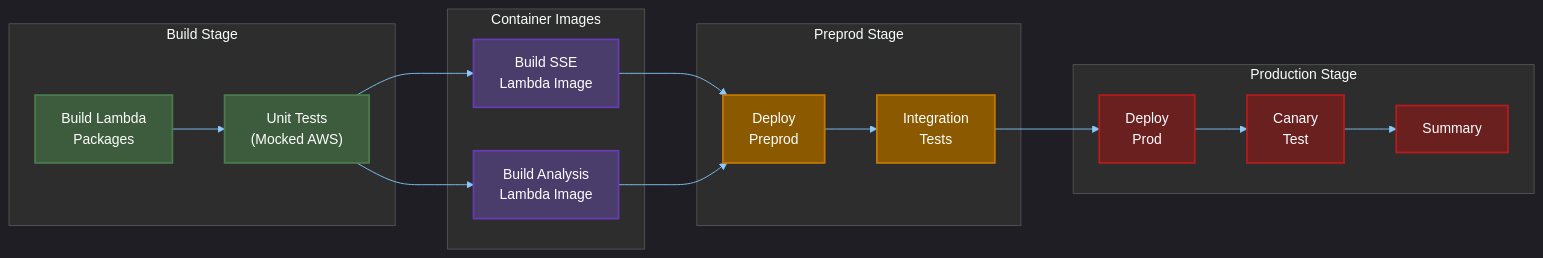
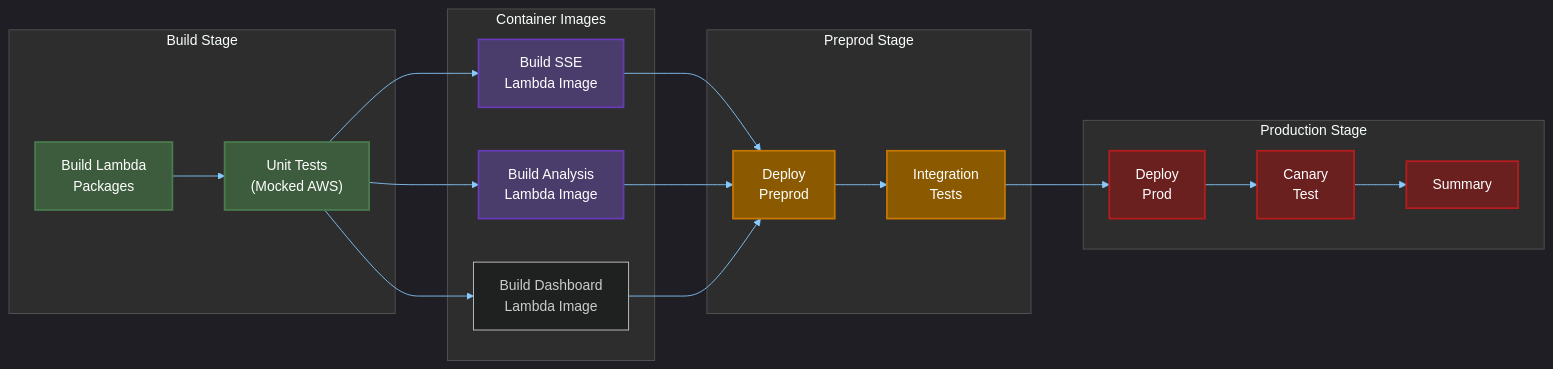
One commit to traylorre/sentiment-analyzer-gsk changed the first of 5 diagrams in README.md. Above: the diagram before and after it, drawn with Mermaid. The commit also changed other lines of this file and 96 other files, not shown here.

````diff
--- a/README.md
+++ b/README.md
@@ -19,44 +19,47 @@
 ```mermaid
 %%{init: {"theme": "dark", "themeVariables": {"primaryColor": "#4A90A4", "tertiaryColor": "#2d2d2d", "lineColor": "#88CCFF", "primaryTextColor": "#FFFFFF", "clusterBkg": "#2d2d2d", "clusterBorder": "#555555"}, "flowchart": {"curve": "basis", "nodeSpacing": 50, "rankSpacing": 60}}}%%
 flowchart LR
     subgraph Build["Build Stage"]
         build["Build Lambda<br/>Packages"]
         test["Unit Tests<br/>(Mocked AWS)"]
     end
 
     subgraph Images["Container Images"]
         sse_img["Build SSE<br/>Lambda Image"]
         analysis_img["Build Analysis<br/>Lambda Image"]
+        dashboard_img["Build Dashboard<br/>Lambda Image"]
     end
 
     subgraph Preprod["Preprod Stage"]
         deploy_preprod["Deploy<br/>Preprod"]
         test_preprod["Integration<br/>Tests"]
     end
 
     subgraph Prod["Production Stage"]
         deploy_prod["Deploy<br/>Prod"]
         canary["Canary<br/>Test"]
         summary["Summary"]
     end
 
     build --> test
     test --> sse_img
     test --> analysis_img
+    test --> dashboard_img
     sse_img --> deploy_preprod
     analysis_img --> deploy_preprod
+    dashboard_img --> deploy_preprod
     deploy_preprod --> test_preprod
     test_preprod --> deploy_prod
     deploy_prod --> canary
     canary --> summary
 
     classDef buildNode fill:#3D5C3D,stroke:#4a7c4e,stroke-width:2px,color:#FFFFFF
     classDef imageNode fill:#4A3D6B,stroke:#673ab7,stroke-width:2px,color:#FFFFFF
     classDef preprodNode fill:#8B5A00,stroke:#c77800,stroke-width:2px,color:#FFFFFF
     classDef prodNode fill:#6B2020,stroke:#b71c1c,stroke-width:2px,color:#FFFFFF
 
     class build,test buildNode
     class sse_img,analysis_img imageNode
     class deploy_preprod,test_preprod preprodNode
     class deploy_prod,canary,summary prodNode
 ```
````
